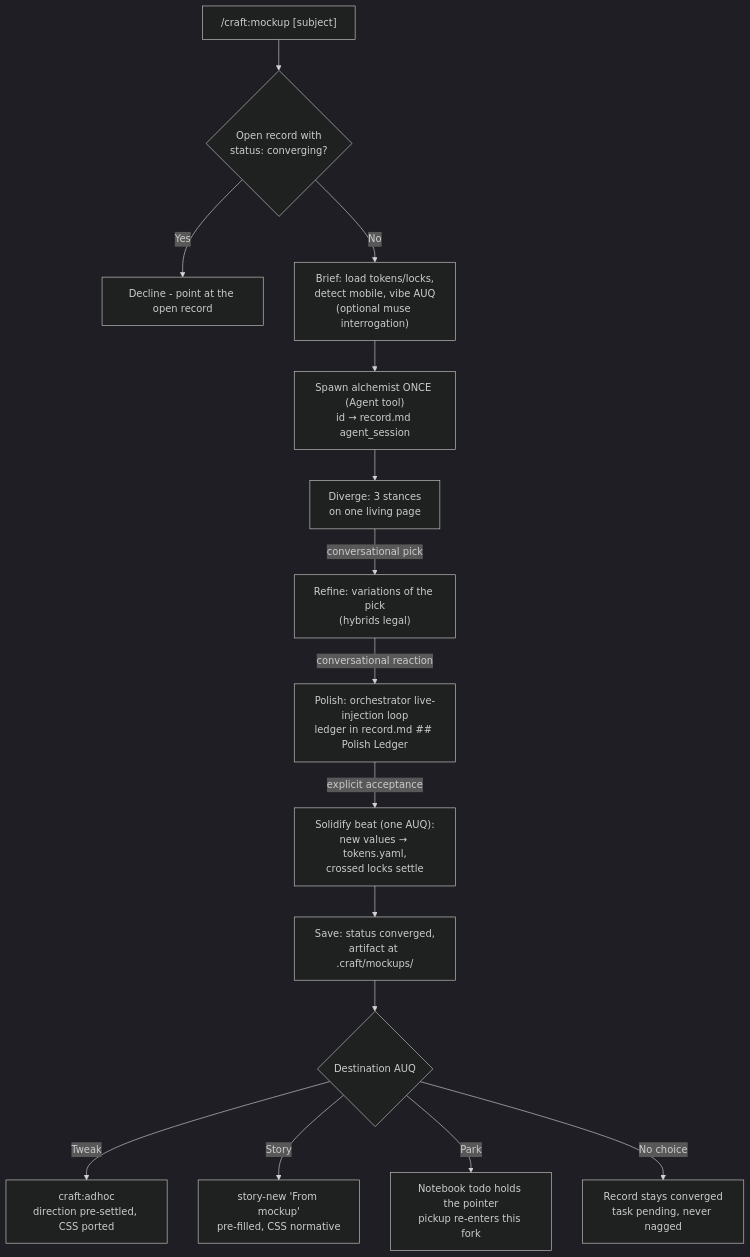
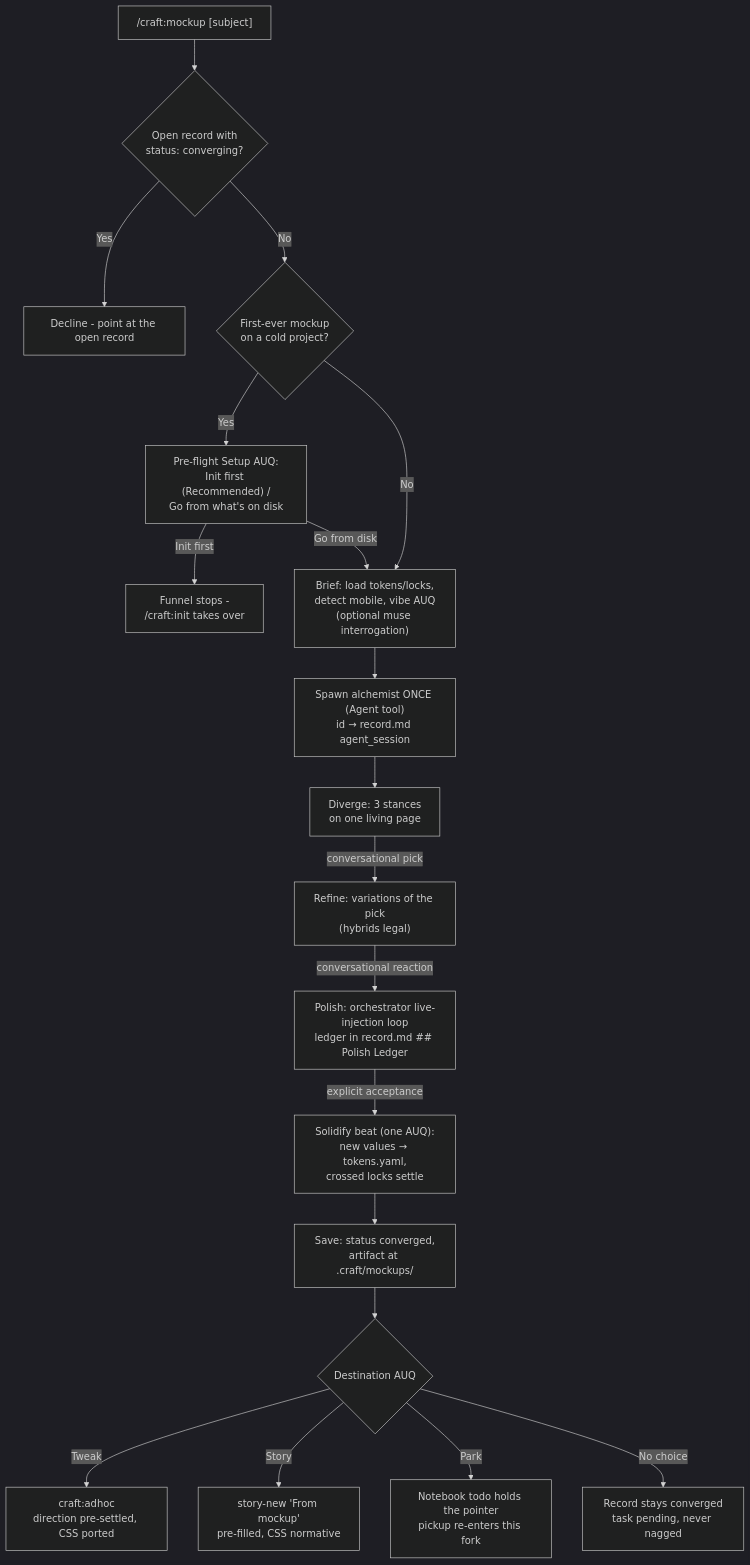
Before and after one commit to johan--/craft: the ninth of 14 diagrams in reference/decision-tree.md, drawn with Mermaid. The commit also changed 1 other file, not shown here.

Commit message:
docs: decision tree shows the mockup pre-flight; DESIGN carries the gate's current test
The mockup flow diagram now includes the first-run Setup question (init
design session vs. building from the code on disk) between the session
guard and the brief. DESIGN.md's hunch-settling summary describes the
gate by its concrete test - would two different builders make the same
first move from this brief - matching the reference it points at.

````diff
--- a/reference/decision-tree.md
+++ b/reference/decision-tree.md
@@ -450,21 +450,25 @@
 ```mermaid
 %%{init: {'theme': 'dark'}}%%
 flowchart TD
     MOCKUP["/craft:mockup [subject]"] --> GUARD{"Open record with<br/>status: converging?"}
     GUARD -->|Yes| DECLINE["Decline - point at the open record"]
-    GUARD -->|No| BRIEF["Brief: load tokens/locks,<br/>detect mobile, vibe AUQ<br/>(optional muse interrogation)"]
+    GUARD -->|No| PREFLIGHT{"First-ever mockup<br/>on a cold project?"}
+    PREFLIGHT -->|Yes| SETUPQ["Pre-flight Setup AUQ:<br/>Init first (Recommended) /<br/>Go from what's on disk"]
+    SETUPQ -->|"Init first"| TOINIT["Funnel stops -<br/>/craft:init takes over"]
+    SETUPQ -->|"Go from disk"| BRIEF
+    PREFLIGHT -->|No| BRIEF["Brief: load tokens/locks,<br/>detect mobile, vibe AUQ<br/>(optional muse interrogation)"]
 
     BRIEF --> SPAWN["Spawn alchemist ONCE (Agent tool)<br/>id → record.md agent_session"]
     SPAWN --> DIVERGE["Diverge: 3 stances<br/>on one living page"]
     DIVERGE -->|"conversational pick"| REFINE["Refine: variations of the pick<br/>(hybrids legal)"]
     REFINE -->|"conversational reaction"| POLISH["Polish: orchestrator live-injection loop<br/>ledger in record.md ## Polish Ledger"]
 
     POLISH -->|"explicit acceptance"| SOLIDIFY["Solidify beat (one AUQ):<br/>new values → tokens.yaml,<br/>crossed locks settle"]
     SOLIDIFY --> SAVE["Save: status converged,<br/>artifact at .craft/mockups/"]
     SAVE --> DEST{"Destination AUQ"}
 
     DEST -->|"Tweak"| TWEAK["craft:adhoc<br/>direction pre-settled, CSS ported"]
     DEST -->|"Story"| STORY["story-new 'From mockup'<br/>pre-filled, CSS normative"]
     DEST -->|"Park"| PARK["Notebook todo holds the pointer<br/>pickup re-enters this fork"]
     DEST -->|"No choice"| OPEN["Record stays converged<br/>task pending, never nagged"]
 ```
````
